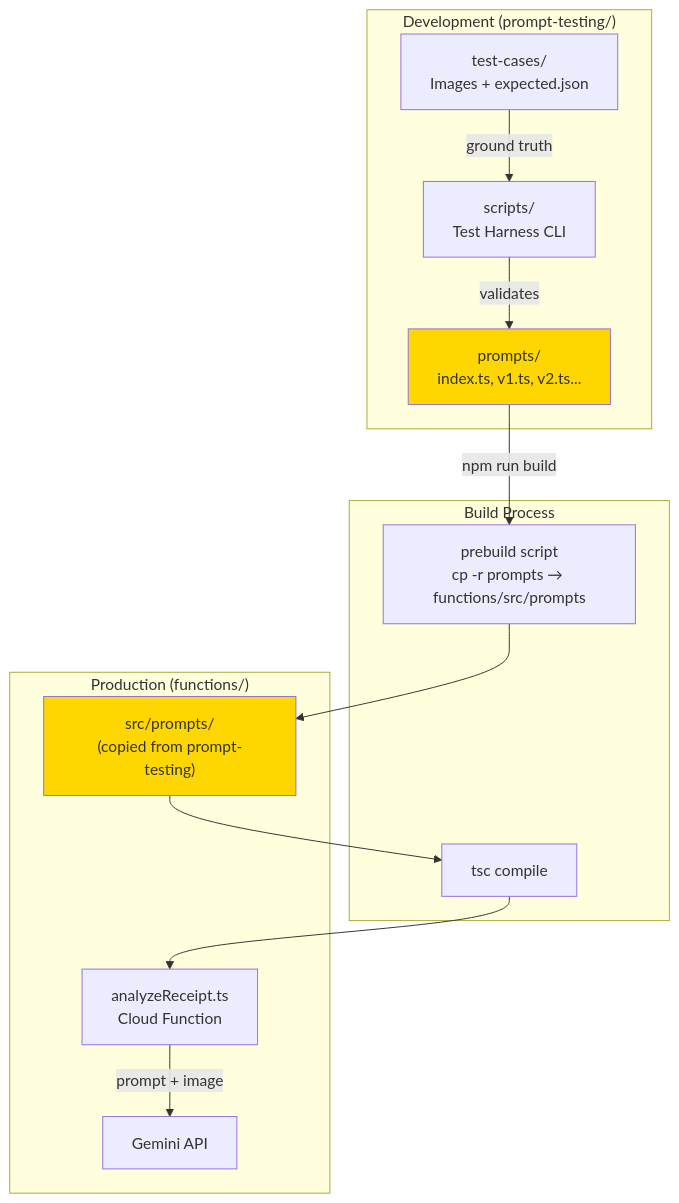
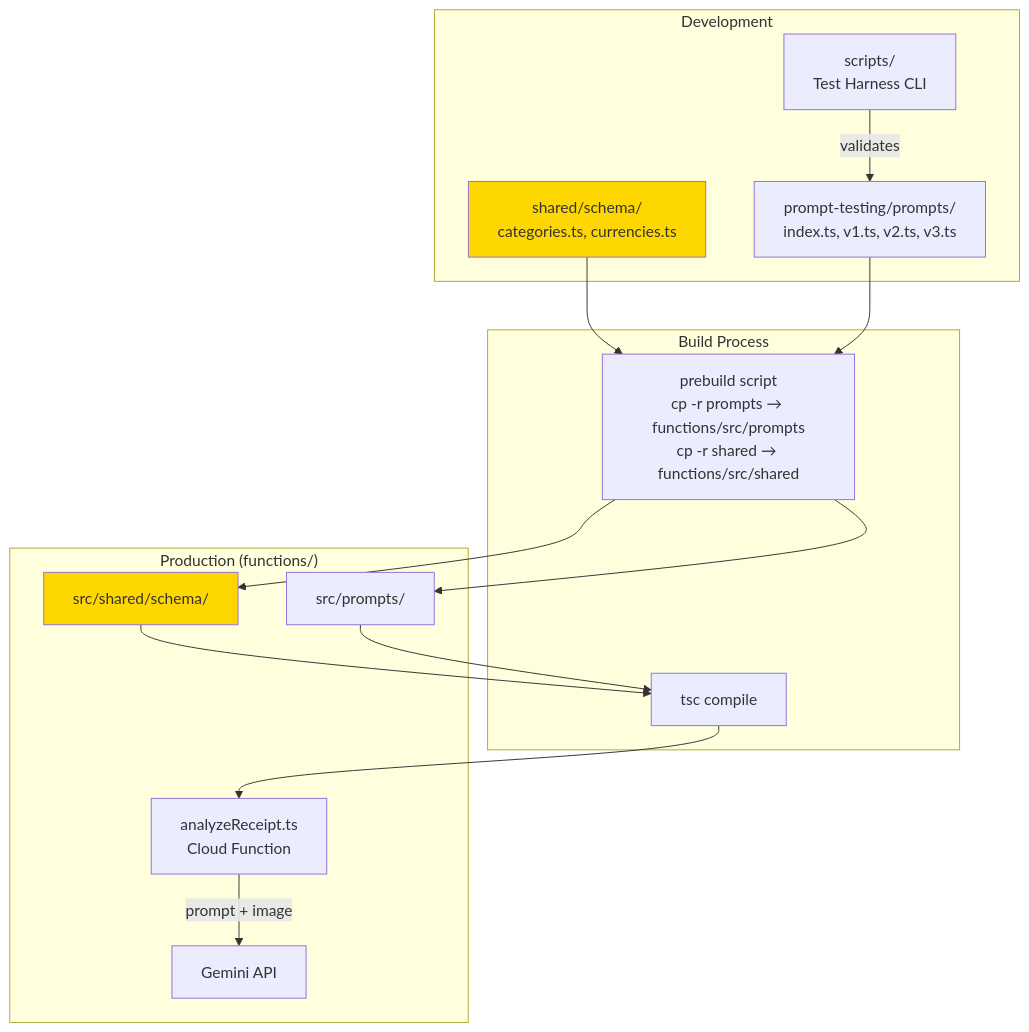
One commit to Brownbull/gmni_boletapp changed the sixth of 8 diagrams in prompt-testing/ARCHITECTURE.md. Above: the diagram before and after it, drawn with Mermaid. The commit also changed other lines of this file and 200 other files, not shown here.

````diff
--- a/prompt-testing/ARCHITECTURE.md
+++ b/prompt-testing/ARCHITECTURE.md
@@ -131,31 +194,34 @@
 ```mermaid
 flowchart TB
-    subgraph Dev["Development (prompt-testing/)"]
-        PROMPTS_SRC["prompts/<br/>index.ts, v1.ts, v2.ts..."]
+    subgraph Dev["Development"]
+        SCHEMA["shared/schema/<br/>categories.ts, currencies.ts"]
+        PROMPTS_SRC["prompt-testing/prompts/<br/>index.ts, v1.ts, v2.ts, v3.ts"]
         TEST_HARNESS["scripts/<br/>Test Harness CLI"]
-        TEST_CASES["test-cases/<br/>Images + expected.json"]
     end
 
     subgraph Build["Build Process"]
-        PREBUILD["prebuild script<br/>cp -r prompts → functions/src/prompts"]
+        PREBUILD["prebuild script<br/>cp -r prompts → functions/src/prompts<br/>cp -r shared → functions/src/shared"]
         TSC["tsc compile"]
     end
 
     subgraph Prod["Production (functions/)"]
-        PROMPTS_COPY["src/prompts/<br/>(copied from prompt-testing)"]
+        SCHEMA_COPY["src/shared/schema/"]
+        PROMPTS_COPY["src/prompts/"]
         ANALYZE["analyzeReceipt.ts<br/>Cloud Function"]
         GEMINI["Gemini API"]
     end
 
-    PROMPTS_SRC -->|"npm run build"| PREBUILD
+    SCHEMA --> PREBUILD
+    PROMPTS_SRC --> PREBUILD
+    PREBUILD --> SCHEMA_COPY
     PREBUILD --> PROMPTS_COPY
+    SCHEMA_COPY --> TSC
     PROMPTS_COPY --> TSC
     TSC --> ANALYZE
     ANALYZE -->|"prompt + image"| GEMINI
 
     TEST_HARNESS -->|"validates"| PROMPTS_SRC
-    TEST_CASES -->|"ground truth"| TEST_HARNESS
 
-    style PROMPTS_SRC fill:#FFD700
-    style PROMPTS_COPY fill:#FFD700
+    style SCHEMA fill:#FFD700
+    style SCHEMA_COPY fill:#FFD700
 ```
````
